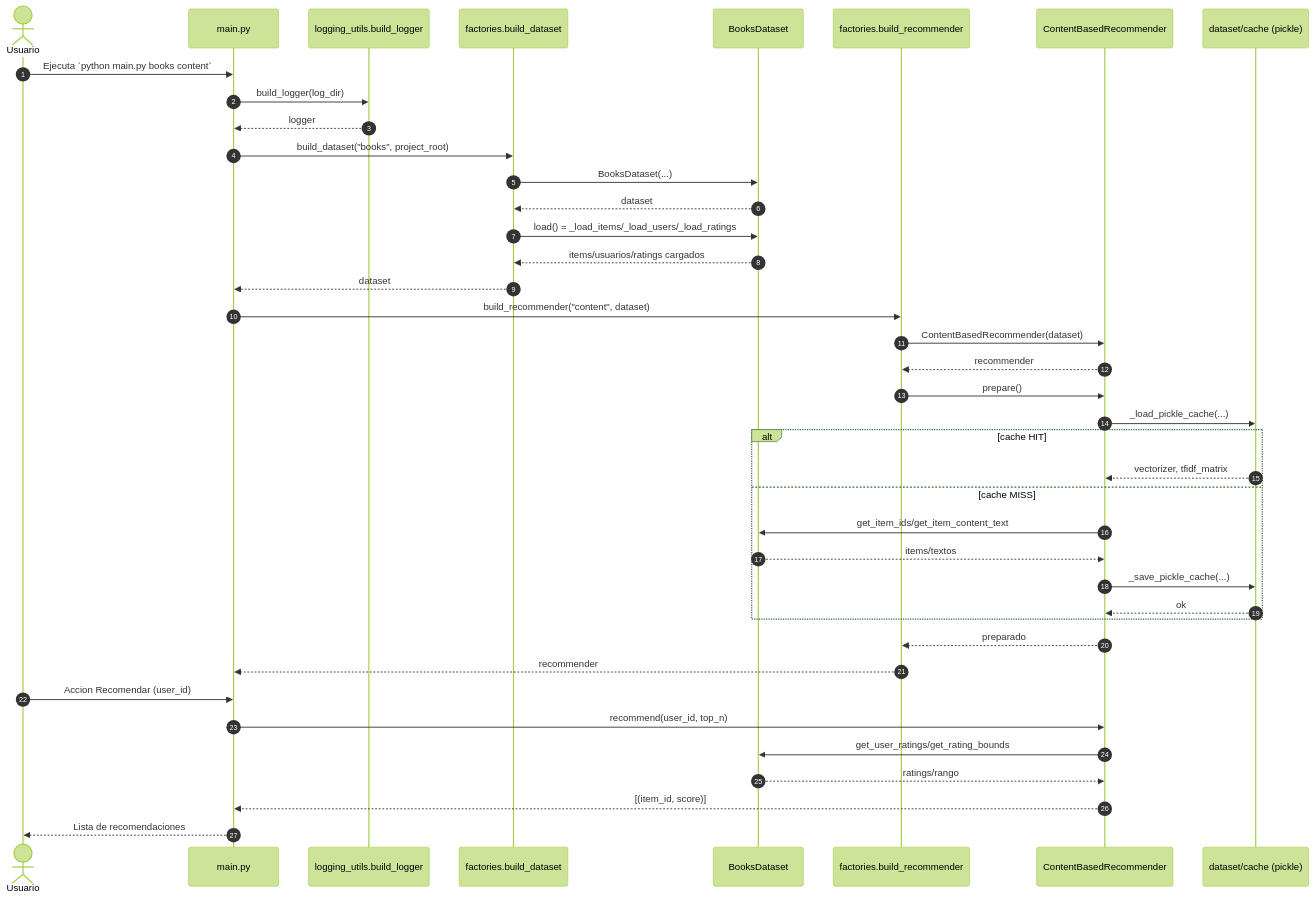
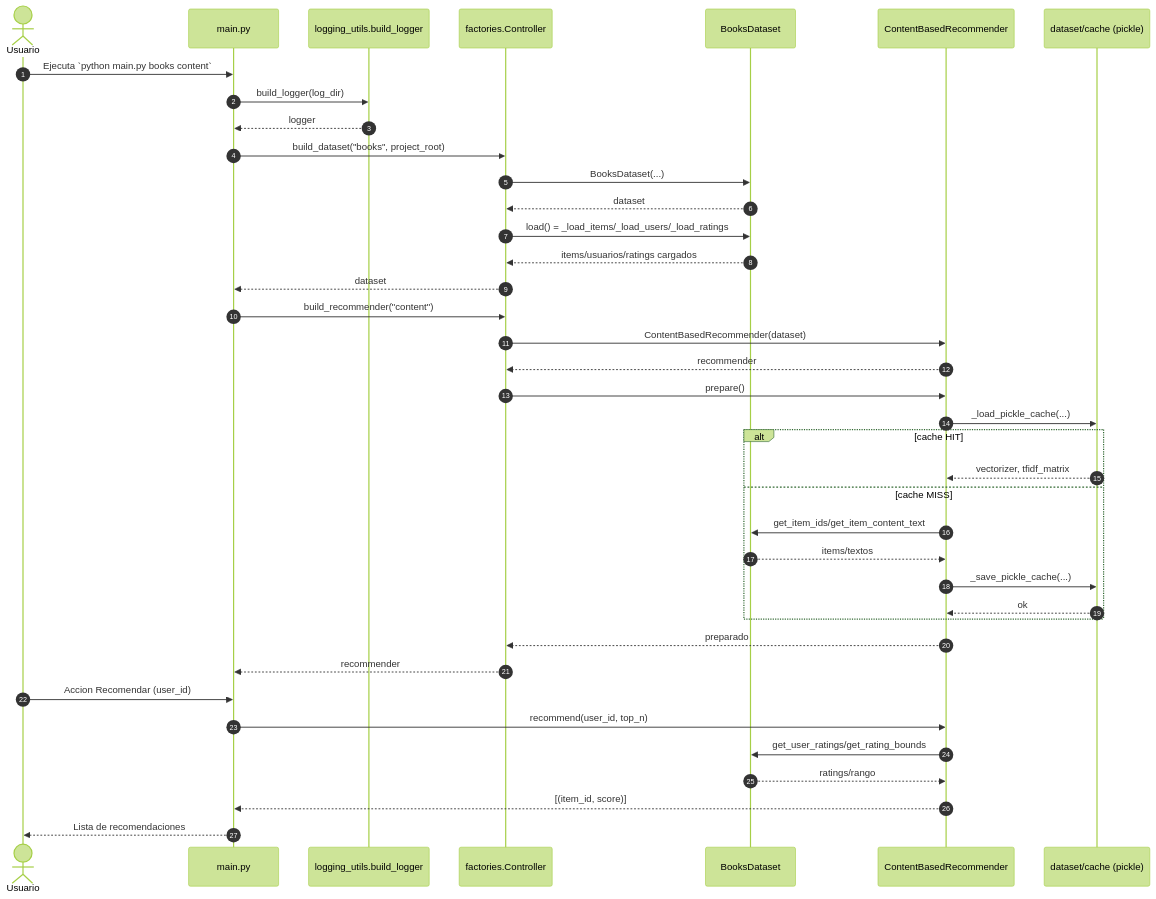
The fourth of 7 diagrams in README.md (Braisfabrega/modular-recommender), drawn with Mermaid (forest theme) before and after one commit. The commit also changed other lines of this file and 2 other files, not shown here.

Commit message:
fis: controller implementation

````diff
--- a/README.md
+++ b/README.md
@@ -253,43 +260,42 @@
 ```mermaid
 sequenceDiagram
   autonumber
   actor Usuario
   participant Main as main.py
   participant Logger as logging_utils.build_logger
-  participant Factory as factories.build_dataset
+  participant Controller as factories.Controller
   participant Dataset as BooksDataset
-  participant RecFactory as factories.build_recommender
   participant Recommender as ContentBasedRecommender
   participant Cache as dataset/cache (pickle)
 
   Usuario->>Main: Ejecuta `python main.py books content`
   Main->>Logger: build_logger(log_dir)
   Logger-->>Main: logger
-  Main->>Factory: build_dataset("books", project_root)
-  Factory->>Dataset: BooksDataset(...)
-  Dataset-->>Factory: dataset
-  Factory->>Dataset: load() = _load_items/_load_users/_load_ratings
-  Dataset-->>Factory: items/usuarios/ratings cargados
-  Factory-->>Main: dataset
-  Main->>RecFactory: build_recommender("content", dataset)
-  RecFactory->>Recommender: ContentBasedRecommender(dataset)
-  Recommender-->>RecFactory: recommender
-  RecFactory->>Recommender: prepare()
+  Main->>Controller: build_dataset("books", project_root)
+  Controller->>Dataset: BooksDataset(...)
+  Dataset-->>Controller: dataset
+  Controller->>Dataset: load() = _load_items/_load_users/_load_ratings
+  Dataset-->>Controller: items/usuarios/ratings cargados
+  Controller-->>Main: dataset
+  Main->>Controller: build_recommender("content")
+  Controller->>Recommender: ContentBasedRecommender(dataset)
+  Recommender-->>Controller: recommender
+  Controller->>Recommender: prepare()
   Recommender->>Cache: _load_pickle_cache(...)
   alt cache HIT
     Cache-->>Recommender: vectorizer, tfidf_matrix
   else cache MISS
     Recommender->>Dataset: get_item_ids/get_item_content_text
     Dataset-->>Recommender: items/textos
     Recommender->>Cache: _save_pickle_cache(...)
     Cache-->>Recommender: ok
   end
-  Recommender-->>RecFactory: preparado
-  RecFactory-->>Main: recommender
+  Recommender-->>Controller: preparado
+  Controller-->>Main: recommender
   Usuario->>Main: Accion Recomendar (user_id)
   Main->>Recommender: recommend(user_id, top_n)
   Recommender->>Dataset: get_user_ratings/get_rating_bounds
   Dataset-->>Recommender: ratings/rango
   Recommender-->>Main: [(item_id, score)]
   Main-->>Usuario: Lista de recomendaciones
 ```
````
